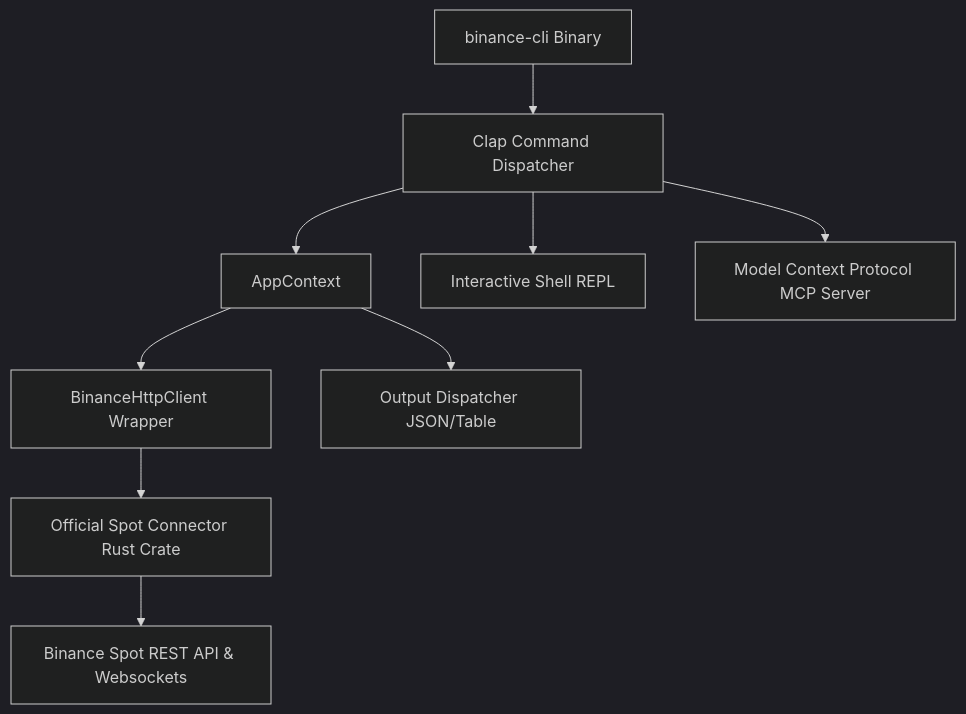
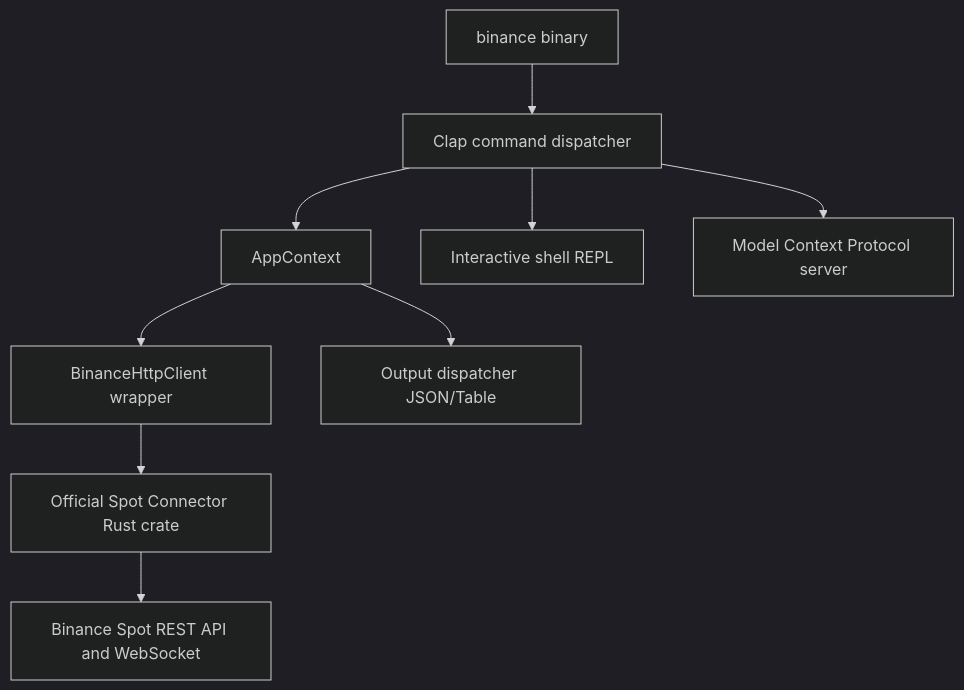
Before and after one commit to ibidathoillah/binance-cli: the diagram in README.md, drawn with Mermaid (dark theme). The commit also changed other lines of this file and 10 other files, not shown here.

````diff
--- a/README.md
+++ b/README.md
@@ -43,11 +257,11 @@
 ```mermaid
 graph TD
-    A[binance-cli Binary] --> B[Clap Command Dispatcher]
+    A[binance binary] --> B[Clap command dispatcher]
     B --> C[AppContext]
-    C --> D[BinanceHttpClient Wrapper]
-    C --> E[Output Dispatcher JSON/Table]
-    D --> F[Official Spot Connector Rust Crate]
-    F --> G[Binance Spot REST API & Websockets]
-    B --> H[Interactive Shell REPL]
-    B --> I[Model Context Protocol MCP Server]
+    C --> D[BinanceHttpClient wrapper]
+    C --> E[Output dispatcher JSON/Table]
+    D --> F[Official Spot Connector Rust crate]
+    F --> G[Binance Spot REST API and WebSocket]
+    B --> H[Interactive shell REPL]
+    B --> I[Model Context Protocol server]
 ```
````
